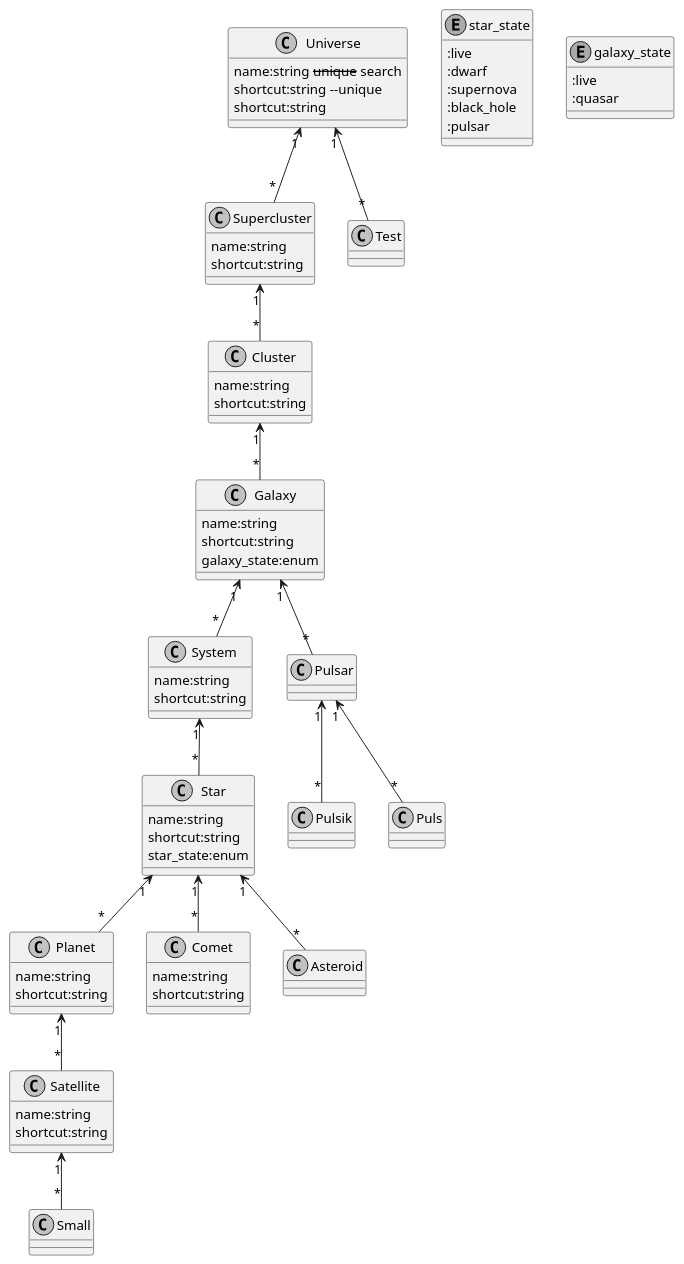
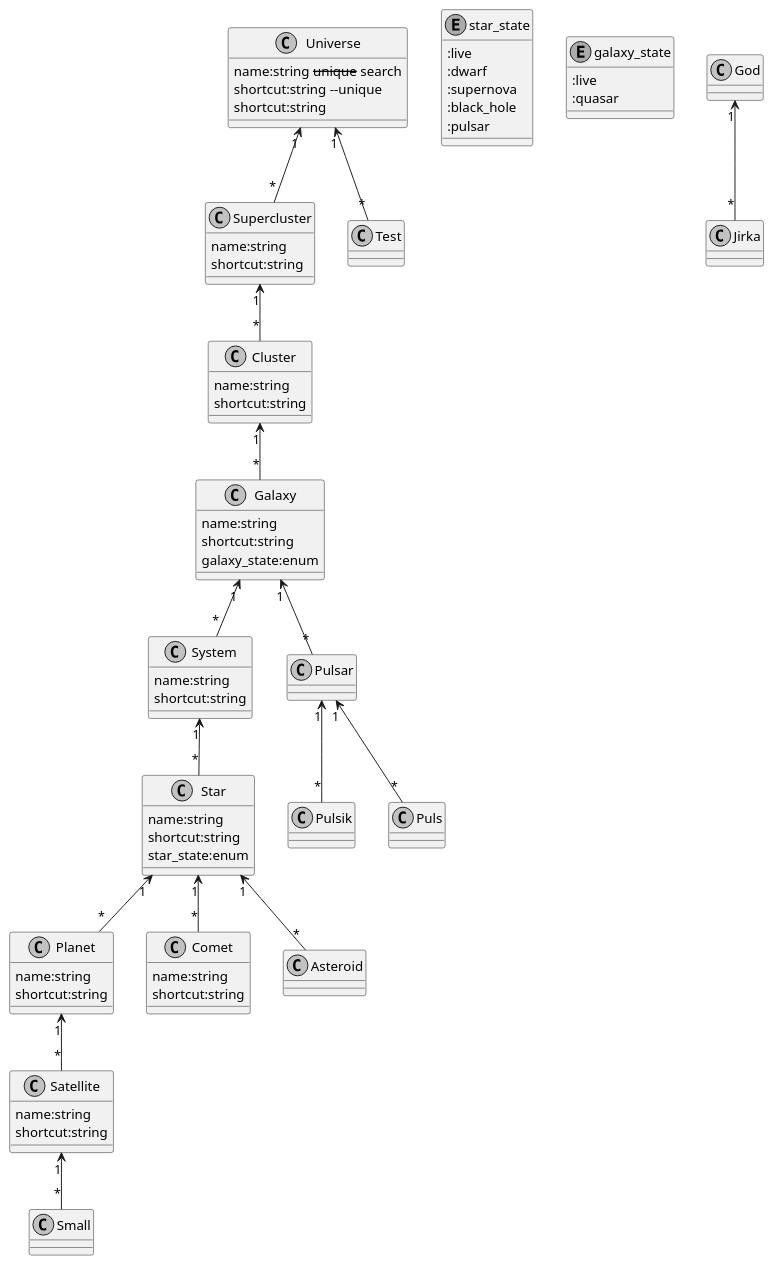
Before and after one commit to jrcech/rails_template: the diagram in docs/test.md, drawn with PlantUML. The commit also changed 2 other files, not shown here.

Commit message:
Refactor parser

```diff
--- a/docs/test.md
+++ b/docs/test.md
@@ -78,6 +78,7 @@
 Galaxy "1" <-- "*" Pulsar
 
 Universe "1" <-- "*" Test
+God "1" <-- "*" Jirka
 
 Pulsar "1" <-- "*" Pulsik
 Pulsar "1" <-- "*" Puls
```
